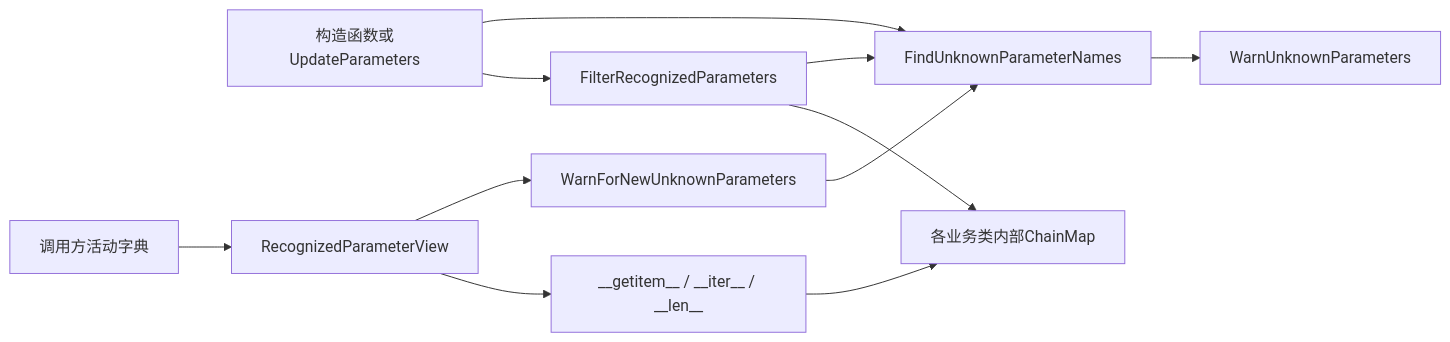
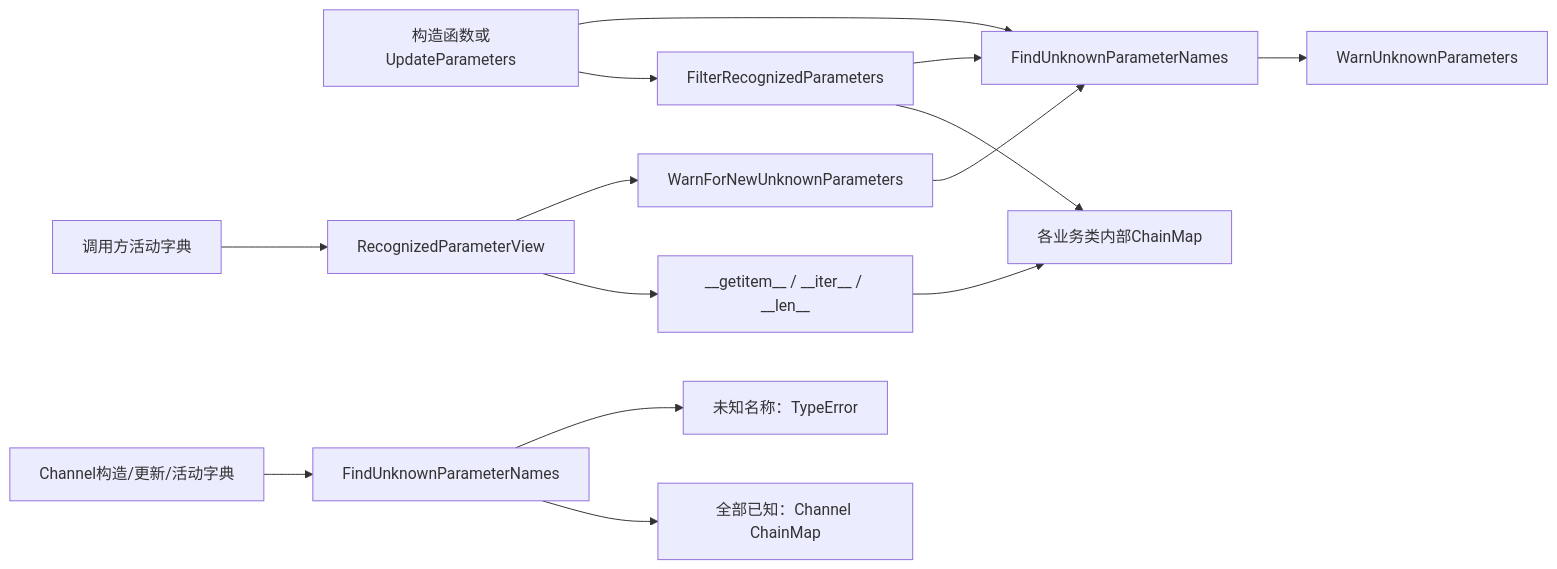
The third of 20 diagrams in README.md (niyilu45/DPD_ILC), drawn with Mermaid before and after one commit. The commit also changed other lines of this file and 3 other files, not shown here.

Commit message:
Reject unknown Channel parameters

````diff
--- a/README.md
+++ b/README.md
@@ -292,13 +292,16 @@
 ```mermaid
 flowchart LR
     caller["构造函数或UpdateParameters"] --> find["FindUnknownParameterNames"]
     find --> warn["WarnUnknownParameters"]
     caller --> filter["FilterRecognizedParameters"]
     filter --> find
     external["调用方活动字典"] --> view["RecognizedParameterView"]
     view --> refresh["WarnForNewUnknownParameters"]
     refresh --> find
     view --> mapping["__getitem__ / __iter__ / __len__"]
     mapping --> chainMap["各业务类内部ChainMap"]
     filter --> chainMap
+    channelCaller["Channel构造/更新/活动字典"] --> channelFind["FindUnknownParameterNames"]
+    channelFind --> channelReject["未知名称：TypeError"]
+    channelFind --> channelMap["全部已知：Channel ChainMap"]
 ```
````
